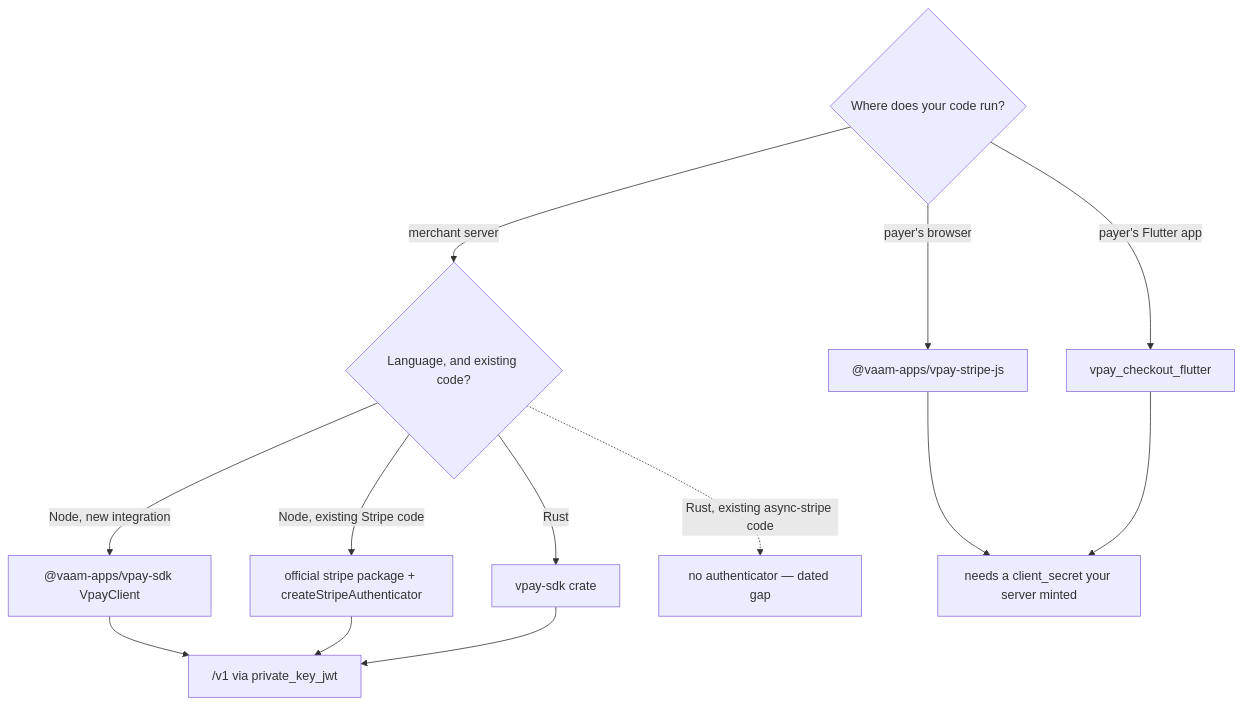
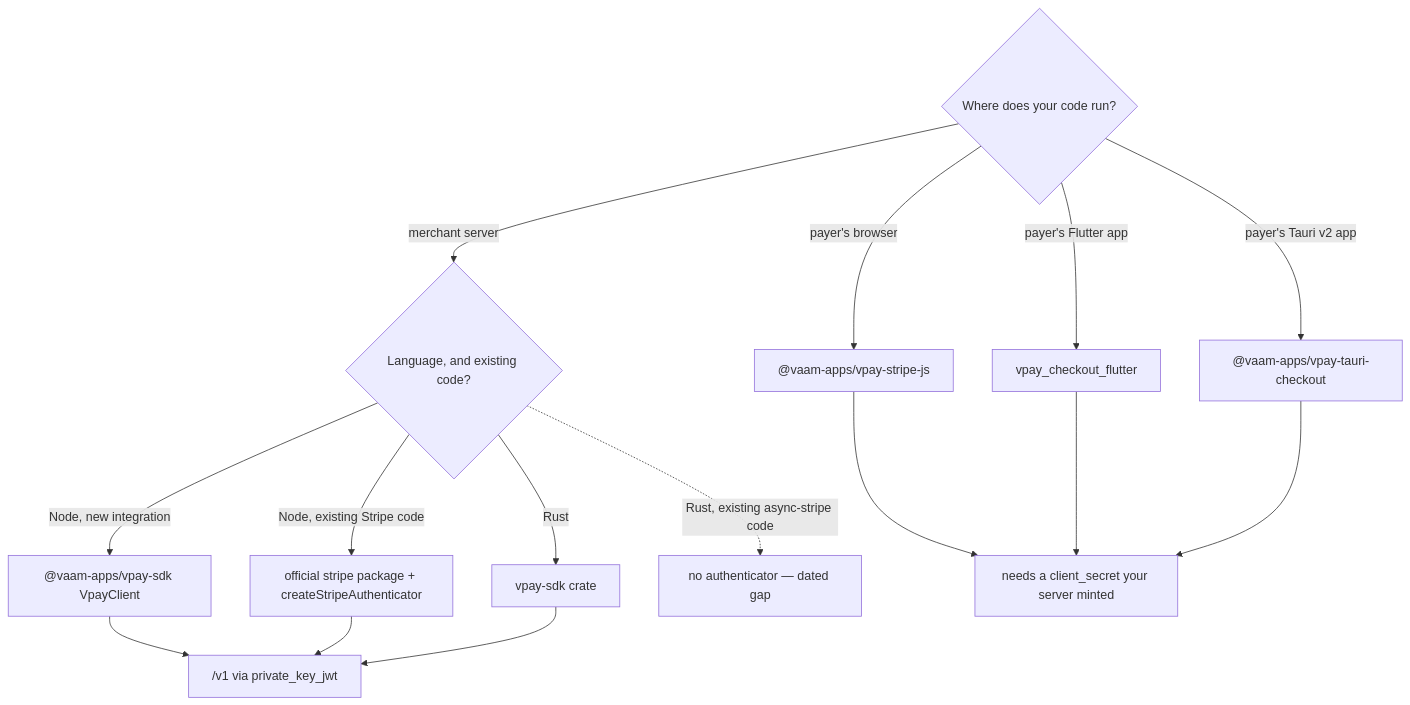
The first of 2 diagrams in docs/sdks/index.md (vaam-apps/vpay-docs), drawn with Mermaid before and after one commit. The commit also changed other lines of this file and 28 other files, not shown here.

First line of the commit message:
docs: re-read every page vpay v0.5.0 moved, and document the Tauri plugin

````diff
--- a/docs/sdks/index.md
+++ b/docs/sdks/index.md
@@ -47,16 +56,18 @@
 ```mermaid
 flowchart TD
   Q{"Where does your code run?"}
   Q -->|"merchant server"| M{"Language, and existing code?"}
   Q -->|"payer's browser"| SJ["@vaam-apps/vpay-stripe-js"]
   Q -->|"payer's Flutter app"| FL["vpay_checkout_flutter"]
+  Q -->|"payer's Tauri v2 app"| TA["@vaam-apps/vpay-tauri-checkout"]
   M -->|"Node, new integration"| N["@vaam-apps/vpay-sdk VpayClient"]
   M -->|"Node, existing Stripe code"| SN["official stripe package + createStripeAuthenticator"]
   M -->|"Rust"| R["vpay-sdk crate"]
   M -.->|"Rust, existing async-stripe code"| AS["no authenticator — dated gap"]
   SJ --> CS["needs a client_secret your server minted"]
   FL --> CS
+  TA --> CS
   N --> V1["/v1 via private_key_jwt"]
   SN --> V1
   R --> V1
 ```
````
